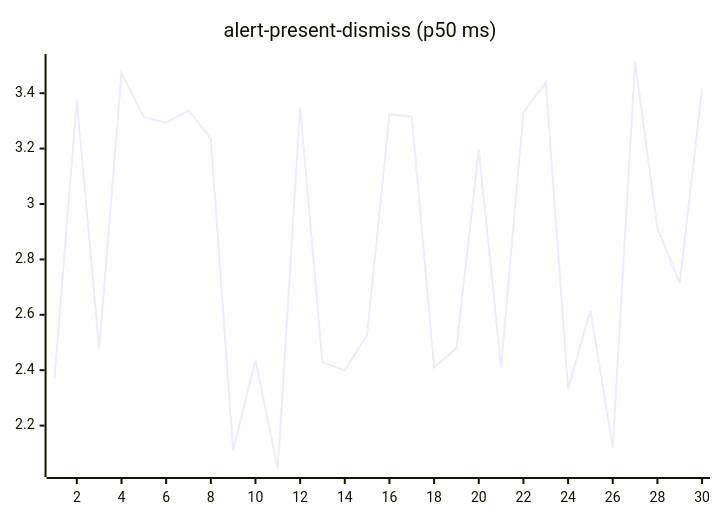
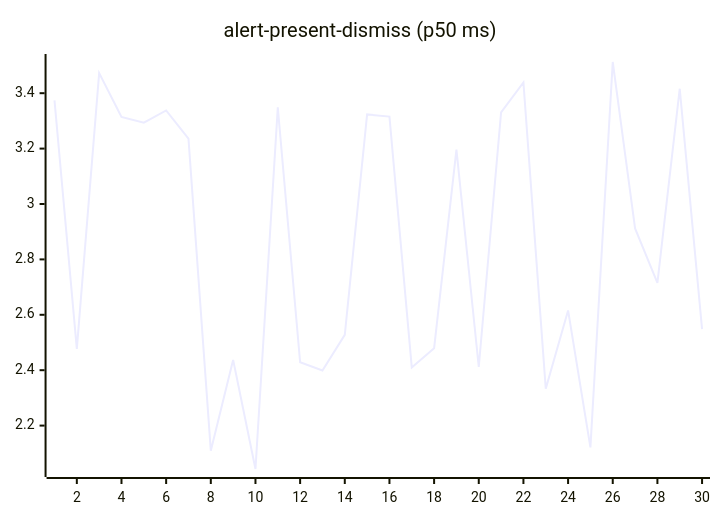
One commit to josha/Facet changed the second of 27 diagrams in README.md. Above: the diagram before and after it, drawn with Mermaid. The commit also changed other lines of this file and 2 other files, not shown here.

````diff
--- a/README.md
+++ b/README.md
@@ -70,6 +70,6 @@
 ```mermaid
 xychart-beta
     title "alert-present-dismiss (p50 ms)"
     x-axis 1 --> 30
-    line [2.3714, 3.3741, 2.4770, 3.4723, 3.3142, 3.2934, 3.3378, 3.2358, 2.1094, 2.4372, 2.0433, 3.3486, 2.4287, 2.3992, 2.5276, 3.3233, 3.3156, 2.4099, 2.4796, 3.1966, 2.4115, 3.3306, 3.4390, 2.3331, 2.6158, 2.1213, 3.5126, 2.9120, 2.7154, 3.4161]
+    line [3.3741, 2.4770, 3.4723, 3.3142, 3.2934, 3.3378, 3.2358, 2.1094, 2.4372, 2.0433, 3.3486, 2.4287, 2.3992, 2.5276, 3.3233, 3.3156, 2.4099, 2.4796, 3.1966, 2.4115, 3.3306, 3.4390, 2.3331, 2.6158, 2.1213, 3.5126, 2.9120, 2.7154, 3.4161, 2.5485]
 ```
````
